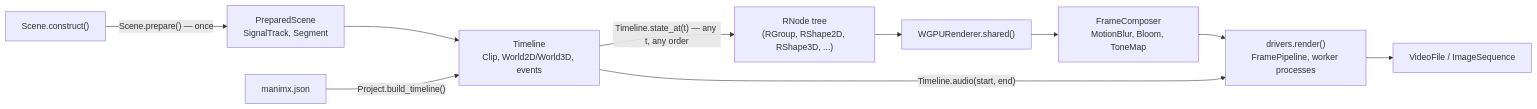
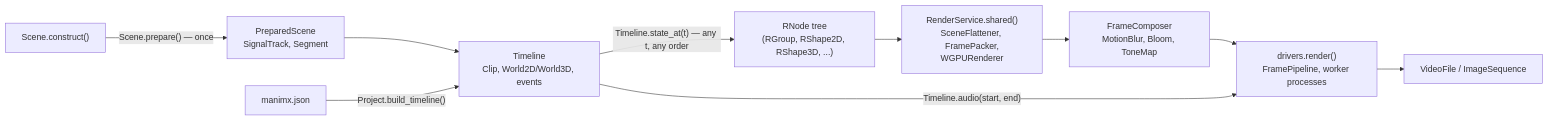
The first of 9 diagrams in manimx/ARCHITECTURE.md (MrDiver/manim), drawn with Mermaid before and after one commit. The commit also changed other lines of this file and 31 other files, not shown here.

````diff
--- a/manimx/ARCHITECTURE.md
+++ b/manimx/ARCHITECTURE.md
@@ -57,12 +58,12 @@
 ```mermaid
 flowchart LR
     Code["Scene.construct()"] -->|"Scene.prepare() — once"| PS["PreparedScene<br/>SignalTrack, Segment"]
     PS --> TL["Timeline<br/>Clip, World2D/World3D, events"]
     Proj["manimx.json"] -->|"Project.build_timeline()"| TL
     TL -->|"Timeline.state_at(t) — any t, any order"| RO["RNode tree<br/>(RGroup, RShape2D, RShape3D, ...)"]
-    RO --> R["WGPURenderer.shared()"]
+    RO --> R["RenderService.shared()<br/>SceneFlattener, FramePacker,<br/>WGPURenderer"]
     R --> C["FrameComposer<br/>MotionBlur, Bloom, ToneMap"]
     C --> D["drivers.render()<br/>FramePipeline, worker processes"]
     D --> Out["VideoFile / ImageSequence"]
     TL -->|"Timeline.audio(start, end)"| D
 ```
````
